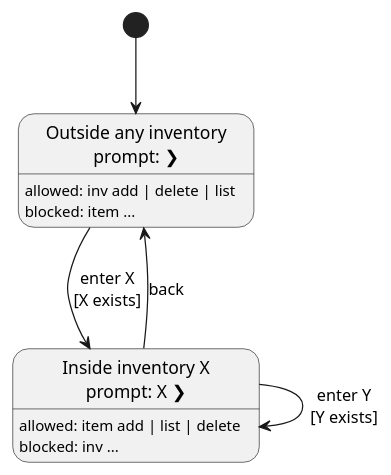
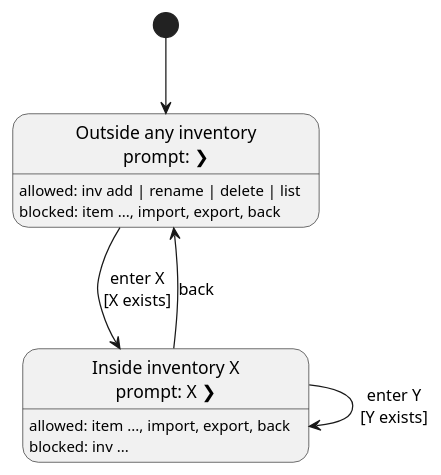
The diagram in docs/diagrams/LocationStateDiagram.puml (AY2627S1-CS2113-W14-4/tp), drawn with PlantUML before and after one commit. The commit also changed 10 other files, not shown here.

First line of the commit message:
Bring Developer Guide and diagrams in line with current code

```diff
--- a/docs/diagrams/LocationStateDiagram.puml
+++ b/docs/diagrams/LocationStateDiagram.puml
@@ -1,16 +1,16 @@
 @startuml
 hide empty description
 
 state "Outside any inventory\nprompt: ❯" as Outside
-Outside : allowed: inv add | delete | list
-Outside : blocked: item ...
+Outside : allowed: inv add | rename | delete | list
+Outside : blocked: item ..., import, export, back
 
 state "Inside inventory X\nprompt: X ❯" as Inside
-Inside : allowed: item add | list | delete
+Inside : allowed: item ..., import, export, back
 Inside : blocked: inv ...
 
 [*] --> Outside
 Outside --> Inside : enter X\n[X exists]
 Inside --> Inside : enter Y\n[Y exists]
 Inside --> Outside : back
 @enduml
```
